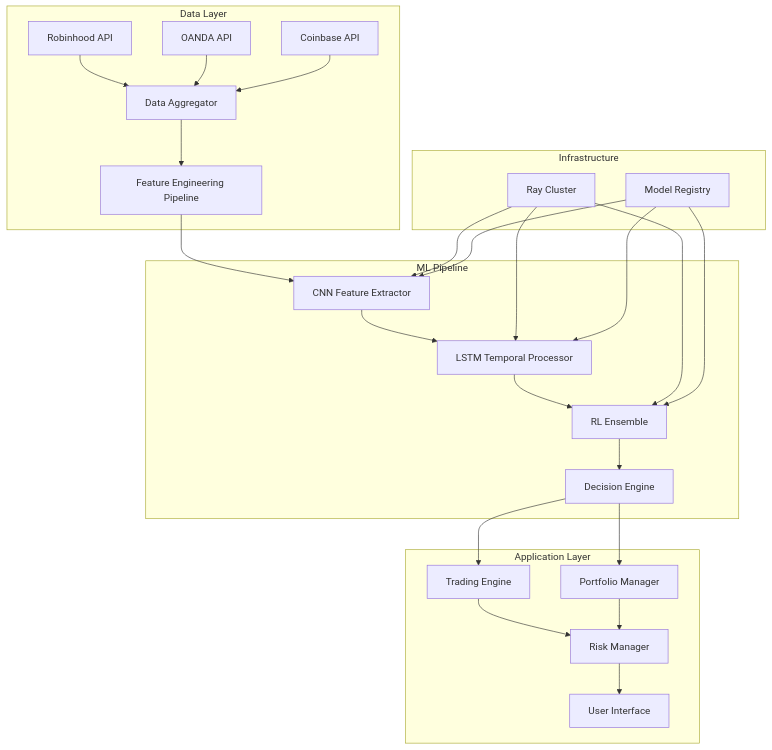
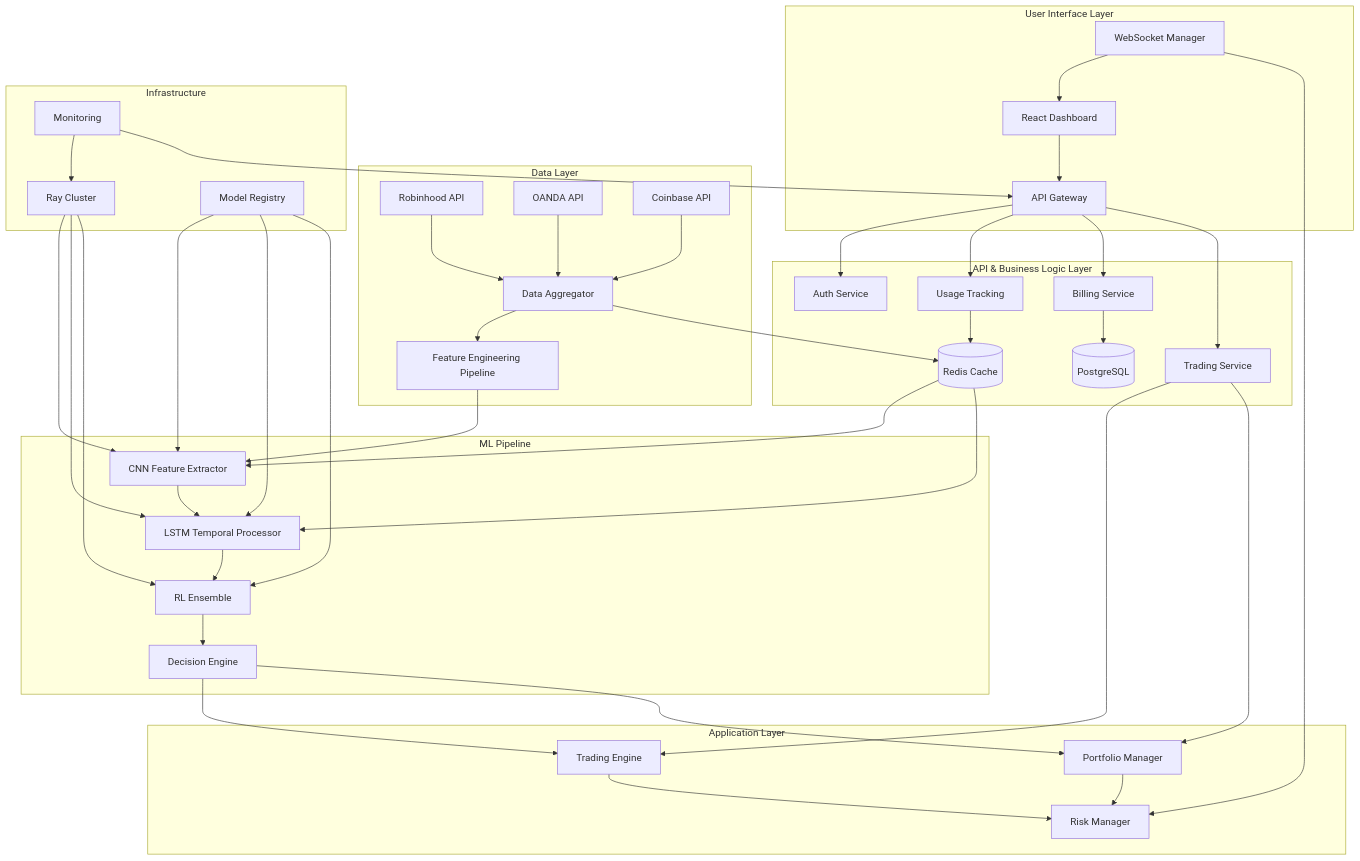
One commit to Zzzero-hash/Trade-Agent changed the diagram in .kiro/specs/ai-trading-platform/design.md. Above: the diagram before and after it, drawn with Mermaid. The commit also changed other lines of this file and 3 other files, not shown here.

First line of the commit message:
feat: enhance AI trading platform design with detailed architecture and component specs

````diff
--- a/.kiro/specs/ai-trading-platform/design.md
+++ b/.kiro/specs/ai-trading-platform/design.md
@@ -11,33 +11,54 @@
 ```mermaid
 graph TB
+    subgraph "User Interface Layer"
+        UI[React Dashboard] --> API[API Gateway]
+        WS[WebSocket Manager] --> UI
+    end
+    
+    subgraph "API & Business Logic Layer"
+        API --> AUTH[Auth Service]
+        API --> USAGE[Usage Tracking]
+        API --> BILLING[Billing Service]
+        API --> TRADING[Trading Service]
+        USAGE --> REDIS[(Redis Cache)]
+        BILLING --> DB[(PostgreSQL)]
+    end
+    
     subgraph "Data Layer"
         A[Robinhood API] --> D[Data Aggregator]
         B[OANDA API] --> D
         C[Coinbase API] --> D
         D --> E[Feature Engineering Pipeline]
+        D --> REDIS
     end
     
     subgraph "ML Pipeline"
         E --> F[CNN Feature Extractor]
         F --> G[LSTM Temporal Processor]
         G --> H[RL Ensemble]
         H --> I[Decision Engine]
+        REDIS --> F
+        REDIS --> G
     end
     
     subgraph "Application Layer"
         I --> J[Trading Engine]
         I --> K[Portfolio Manager]
         J --> L[Risk Manager]
         K --> L
-        L --> M[User Interface]
+        TRADING --> J
+        TRADING --> K
+        WS --> L
     end
     
     subgraph "Infrastructure"
         N[Ray Cluster] --> F
         N --> G
         N --> H
         O[Model Registry] --> F
         O --> G
         O --> H
+        MONITOR[Monitoring] --> N
+        MONITOR --> API
     end
 ```
````
